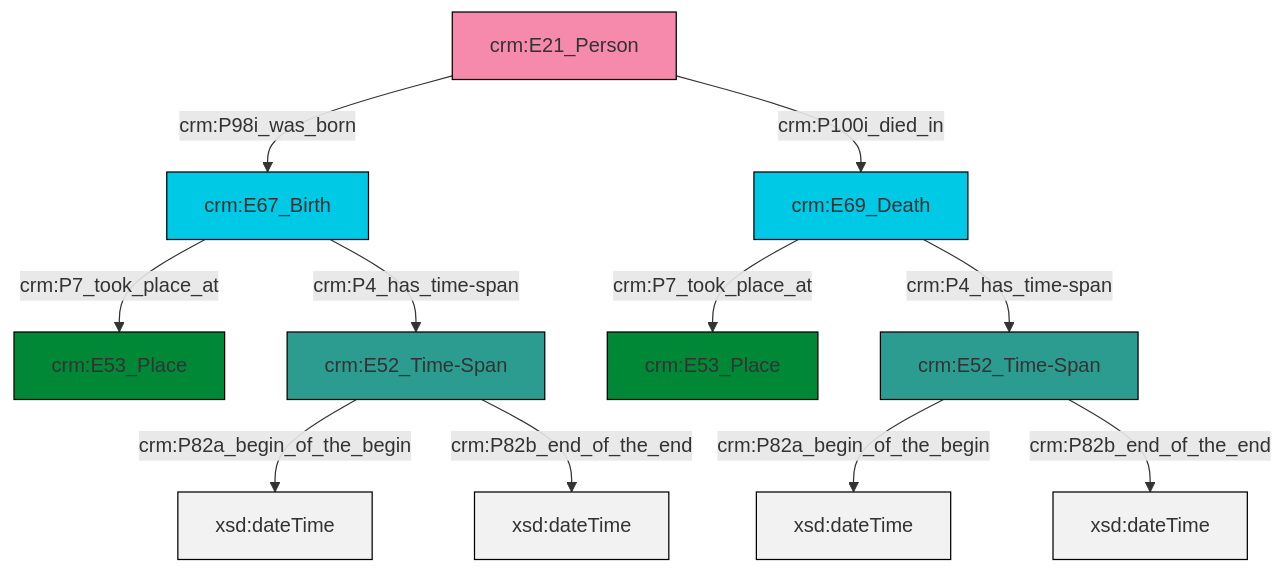
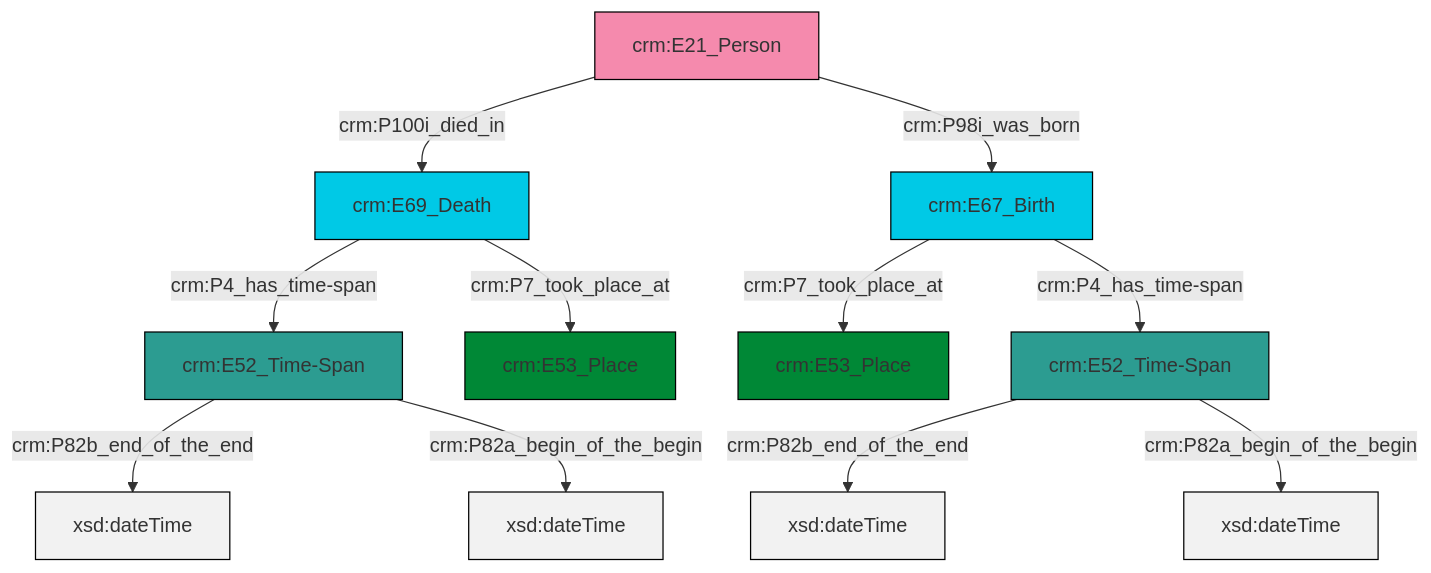
The diagram in et/personCSV/ttl/mmd/Person_Existence.ttl.mmd (swiss-art-research-net/reference-data-models), drawn with Mermaid before and after one commit. The commit also changed 129 other files, not shown here.

```diff
--- a/et/personCSV/ttl/mmd/Person_Existence.ttl.mmd
+++ b/et/personCSV/ttl/mmd/Person_Existence.ttl.mmd
@@ -1,25 +1,25 @@
 graph TD
 classDef Literal fill:#f2f2f2,stroke:#000000;
 classDef CRM_Entity fill:#FFFFFF,stroke:#000000;
 classDef Temporal_Entity fill:#00C9E6, stroke:#000000;
 classDef Type fill:#E18312, stroke:#000000;
 classDef Time-Span fill:#2C9C91, stroke:#000000;
 classDef Appellation fill:#FFEB7F, stroke:#000000;
 classDef Place fill:#008836, stroke:#000000;
 classDef Persistent_Item fill:#B266B2, stroke:#000000;
 classDef Conceptual_Object fill:#FFD700, stroke:#000000;
 classDef Physical_Thing fill:#D2B48C, stroke:#000000;
 classDef Actor fill:#f58aad, stroke:#000000;
 classDef PC_Classes fill:#4ce600, stroke:#000000;
 classDef Multi fill:#cccccc,stroke:#000000;
 
-0["crm:E21_Person"]:::Actor -->|crm:P98i_was_born| 1["crm:E67_Birth"]:::Temporal_Entity
-2["crm:E52_Time-Span"]:::Time-Span -->|crm:P82a_begin_of_the_begin| 3[xsd:dateTime]:::Literal
-4["crm:E52_Time-Span"]:::Time-Span -->|crm:P82a_begin_of_the_begin| 5[xsd:dateTime]:::Literal
-7["crm:E69_Death"]:::Temporal_Entity -->|crm:P7_took_place_at| 8["crm:E53_Place"]:::Place
-7["crm:E69_Death"]:::Temporal_Entity -->|crm:P4_has_time-span| 4["crm:E52_Time-Span"]:::Time-Span
-0["crm:E21_Person"]:::Actor -->|crm:P100i_died_in| 7["crm:E69_Death"]:::Temporal_Entity
-1["crm:E67_Birth"]:::Temporal_Entity -->|crm:P7_took_place_at| 13["crm:E53_Place"]:::Place
-2["crm:E52_Time-Span"]:::Time-Span -->|crm:P82b_end_of_the_end| 15[xsd:dateTime]:::Literal
-4["crm:E52_Time-Span"]:::Time-Span -->|crm:P82b_end_of_the_end| 16[xsd:dateTime]:::Literal
-1["crm:E67_Birth"]:::Temporal_Entity -->|crm:P4_has_time-span| 2["crm:E52_Time-Span"]:::Time-Span
+2["crm:E69_Death"]:::Temporal_Entity -->|crm:P7_took_place_at| 3["crm:E53_Place"]:::Place
+5["crm:E67_Birth"]:::Temporal_Entity -->|crm:P7_took_place_at| 6["crm:E53_Place"]:::Place
+0["crm:E52_Time-Span"]:::Time-Span -->|crm:P82b_end_of_the_end| 9[xsd:dateTime]:::Literal
+10["crm:E21_Person"]:::Actor -->|crm:P100i_died_in| 2["crm:E69_Death"]:::Temporal_Entity
+0["crm:E52_Time-Span"]:::Time-Span -->|crm:P82a_begin_of_the_begin| 12[xsd:dateTime]:::Literal
+7["crm:E52_Time-Span"]:::Time-Span -->|crm:P82b_end_of_the_end| 13[xsd:dateTime]:::Literal
+10["crm:E21_Person"]:::Actor -->|crm:P98i_was_born| 5["crm:E67_Birth"]:::Temporal_Entity
+2["crm:E69_Death"]:::Temporal_Entity -->|crm:P4_has_time-span| 7["crm:E52_Time-Span"]:::Time-Span
+7["crm:E52_Time-Span"]:::Time-Span -->|crm:P82a_begin_of_the_begin| 16[xsd:dateTime]:::Literal
+5["crm:E67_Birth"]:::Temporal_Entity -->|crm:P4_has_time-span| 0["crm:E52_Time-Span"]:::Time-Span
```
